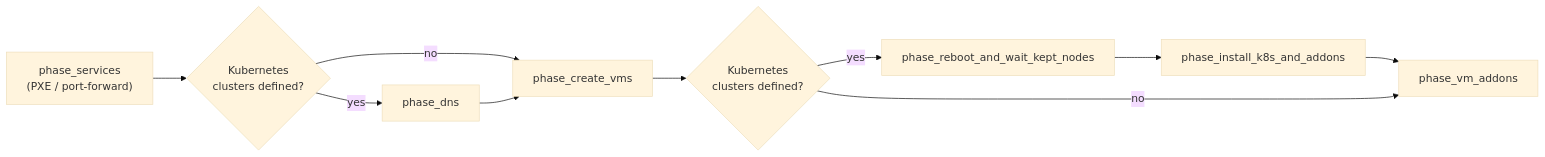
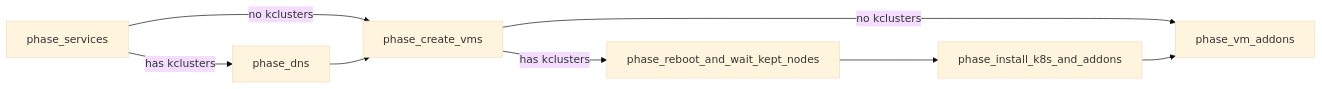
The second of 5 diagrams in README.md (rmahique/lab-in-a-box), drawn with Mermaid (base theme) before and after one commit. The commit also changed other lines of this file and 7 other files, not shown here.

````diff
--- a/README.md
+++ b/README.md
@@ -136,12 +131,10 @@
 ```mermaid
 flowchart LR
-    A["phase_services<br/>(PXE / port-forward)"] --> B{"Kubernetes<br/>clusters defined?"}
-    B -- yes --> C["phase_dns"]
-    B -- no --> D["phase_create_vms"]
-    C --> D
-    D --> E{"Kubernetes<br/>clusters defined?"}
-    E -- yes --> F["phase_reboot_and_wait_kept_nodes"]
+    A["phase_services"] -->|"has kclusters"| C["phase_dns"]
+    A -->|"no kclusters"| D["phase_create_vms"]
+    C --> D["phase_create_vms"]
+    D -->|"has kclusters"| F["phase_reboot_and_wait_kept_nodes"]
+    D -->|"no kclusters"| H["phase_vm_addons"]
     F --> G["phase_install_k8s_and_addons"]
     G --> H["phase_vm_addons"]
-    E -- no --> H
 ```
````
